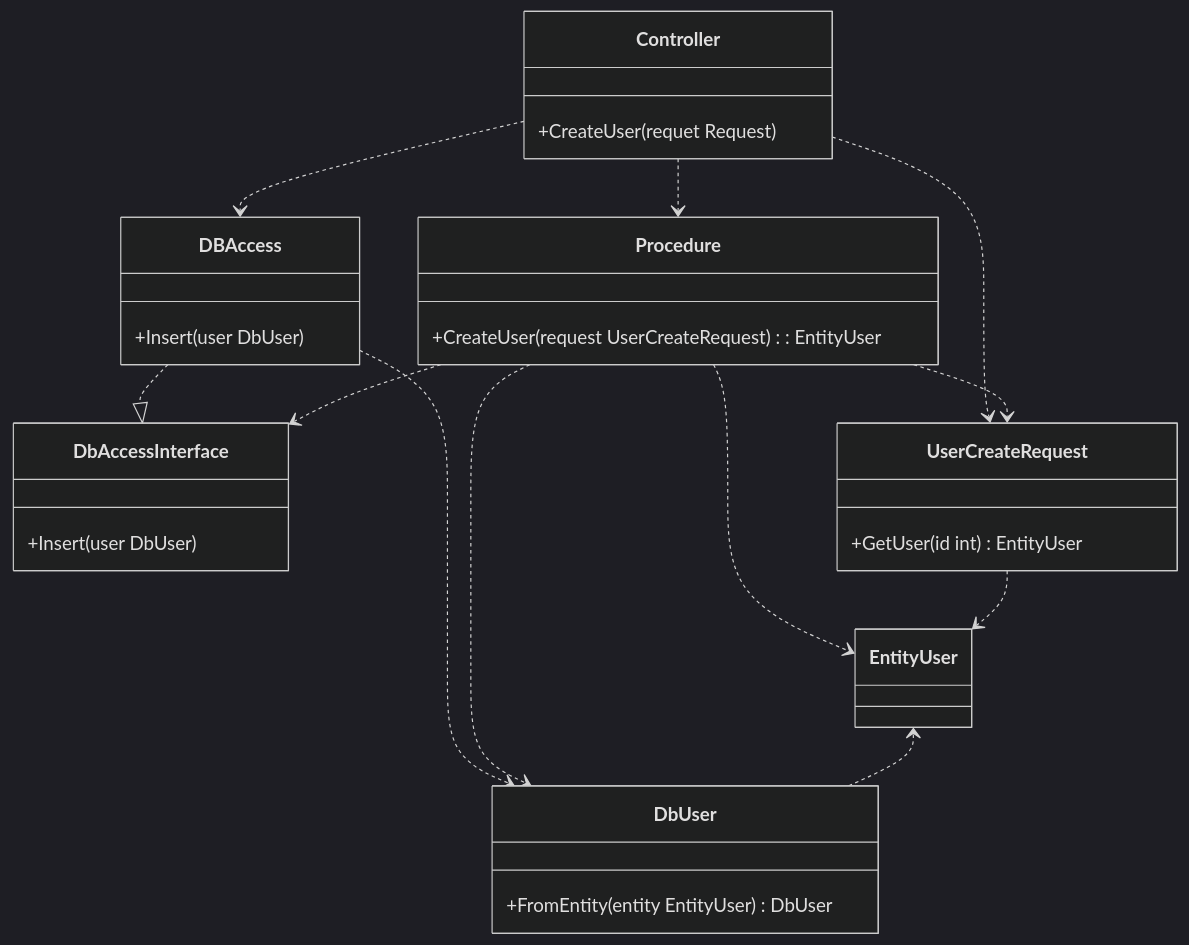
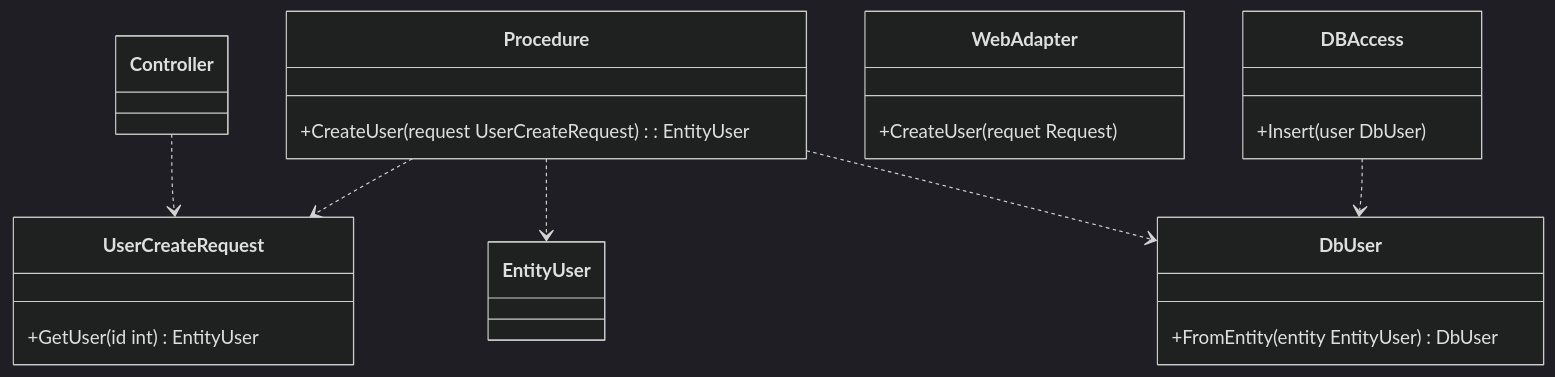
Before and after one commit to motojouya/zenn: the third of 3 diagrams in articles/extend_data_transfer_object.md, drawn with Mermaid (dark theme). The commit also changed other lines of this file, not shown here.

````diff
--- a/articles/extend_data_transfer_object.md
+++ b/articles/extend_data_transfer_object.md
@@ -413,35 +507,26 @@
 ```mermaid
 classDiagram
     class Procedure{
         +CreateUser(request UserCreateRequest): EntityUser
     }
-    class DbAccessInterface{
-        +Insert(user DbUser)
-    }
     class DBAccess{
         +Insert(user DbUser)
     }
-    class Controller{
+    class WebAdapter{
         +CreateUser(requet Request)
     }
-    Controller ..> Procedure
-    Procedure ..> DbAccessInterface
-    Controller ..> DBAccess
-    DBAccess ..|> DbAccessInterface
 
     class EntityUser{}
     class DbUser{
         +FromEntity(entity EntityUser) DbUser
     }
     class UserCreateRequest{
         +GetUser(id int) EntityUser
     }
-    UserCreateRequest ..> EntityUser
-    EntityUser <.. DbUser
 
     Procedure ..> UserCreateRequest
     Procedure ..> EntityUser
     Procedure ..> DbUser
     Controller ..> UserCreateRequest
     DBAccess ..> DbUser
 ```
````
